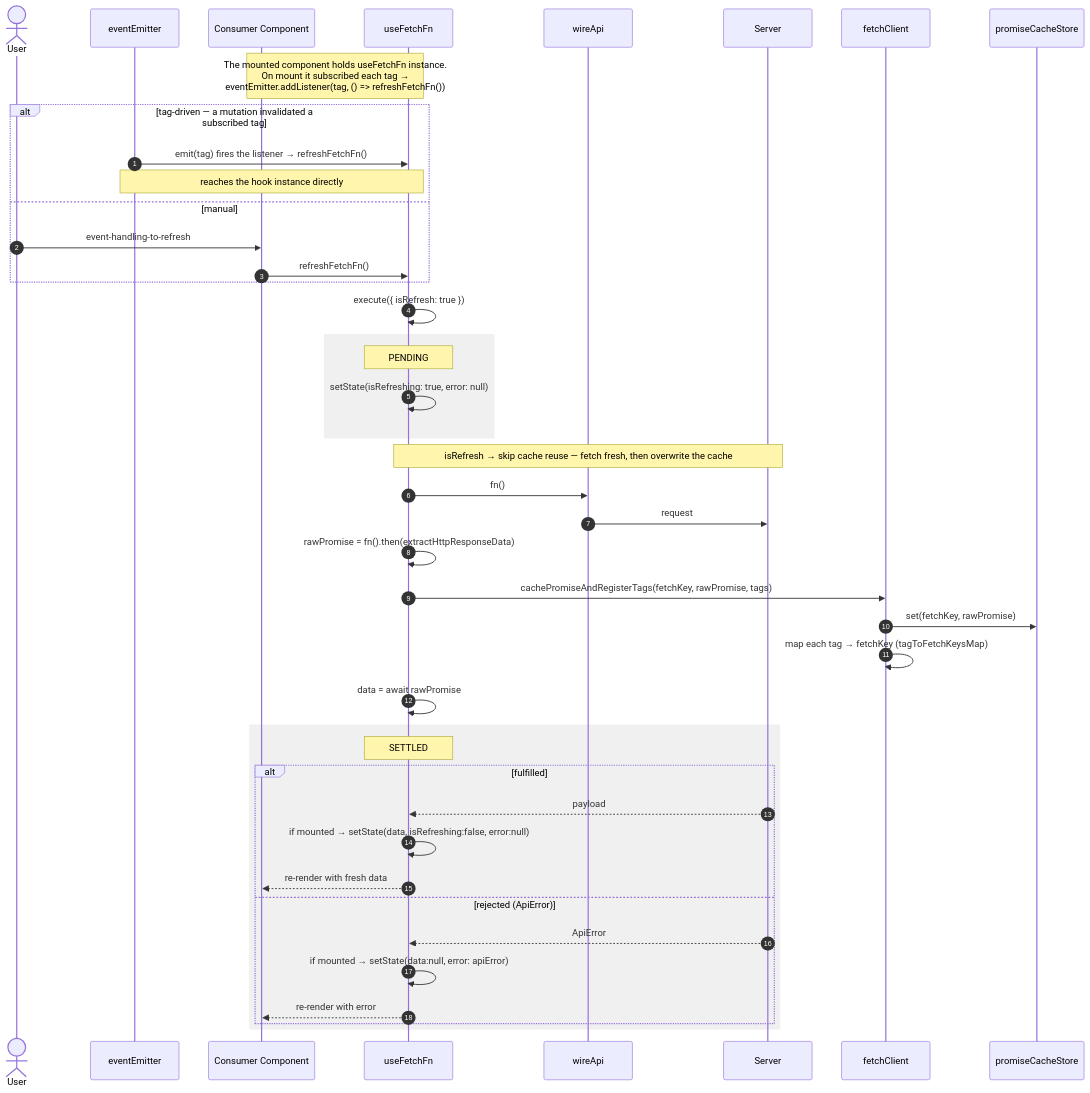
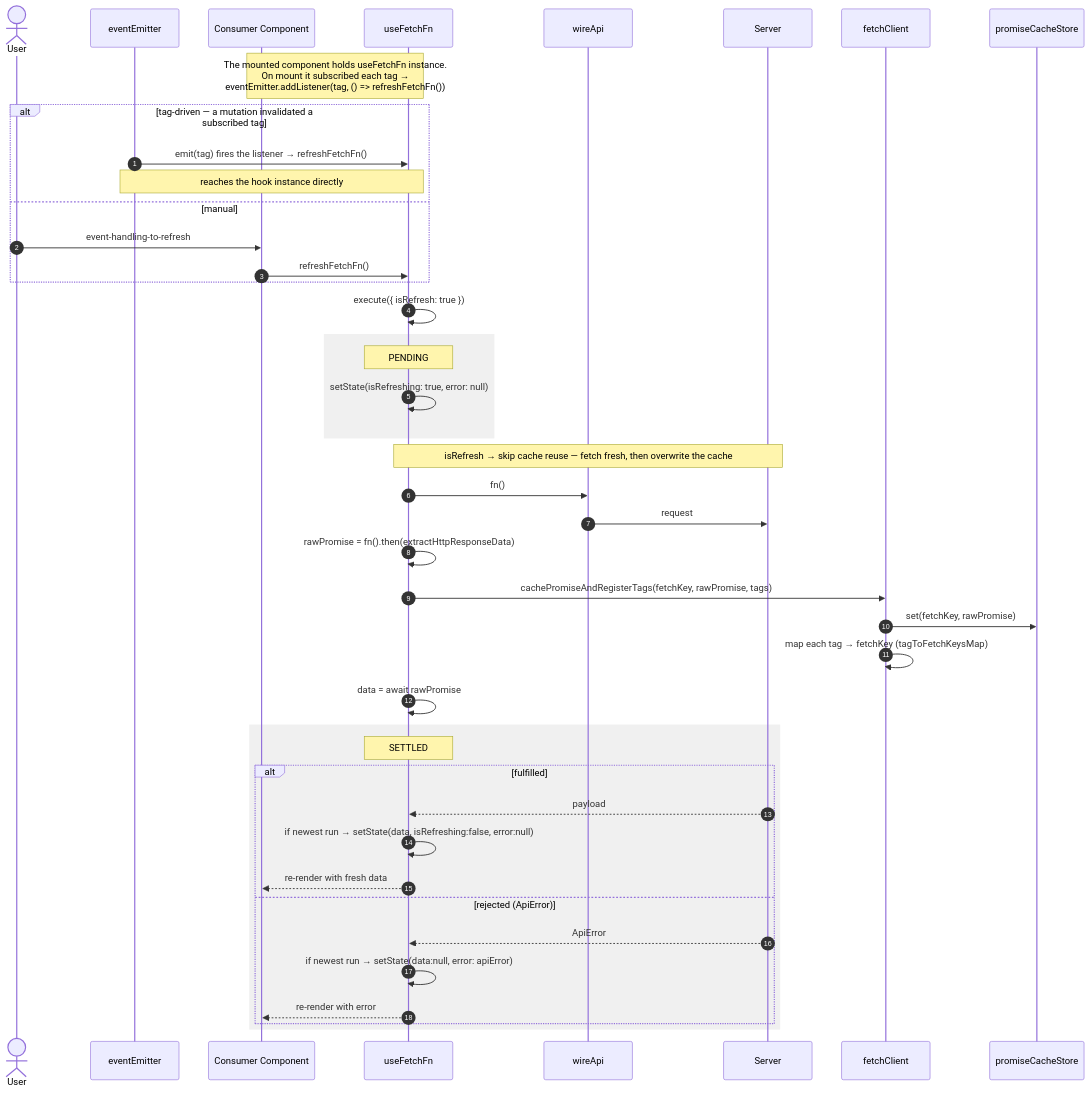
One commit to chuhaiphu/fetchwire changed the fourth of 4 diagrams in docs/architecture/USE-FETCH-FN-FLOW.md. Above: the diagram before and after it, drawn with Mermaid. The commit also changed other lines of this file and 10 other files, not shown here.

````diff
--- a/docs/architecture/USE-FETCH-FN-FLOW.md
+++ b/docs/architecture/USE-FETCH-FN-FLOW.md
@@ -153,51 +150,51 @@
 ```mermaid
 sequenceDiagram
     autonumber
     actor User
     participant EM as eventEmitter
     participant Cmp as Consumer Component
     participant H as useFetchFn
     participant Wire as wireApi
     participant API as Server
     participant FC as fetchClient
     participant Cache as promiseCacheStore
 
     Note over Cmp,H: The mounted component holds useFetchFn instance.<br/>On mount it subscribed each tag →<br/>eventEmitter.addListener(tag, () => refreshFetchFn())
 
     alt tag-driven — a mutation invalidated a subscribed tag
         EM->>H: emit(tag) fires the listener → refreshFetchFn()
         Note over EM,H: reaches the hook instance directly
     else manual
         User->>Cmp: event-handling-to-refresh
         Cmp->>H: refreshFetchFn()
     end
 
     H->>H: execute({ isRefresh: true })
 
     rect rgba(128,128,128,0.12)
         Note over H: PENDING
         H->>H: setState(isRefreshing: true, error: null)
     end
 
     Note over H,API: isRefresh → skip cache reuse — fetch fresh, then overwrite the cache
     H->>Wire: fn()
     Wire->>API: request
     H->>H: rawPromise = fn().then(extractHttpResponseData)
     H->>FC: cachePromiseAndRegisterTags(fetchKey, rawPromise, tags)
     FC->>Cache: set(fetchKey, rawPromise)
     FC->>FC: map each tag → fetchKey (tagToFetchKeysMap)
     H->>H: data = await rawPromise
 
     rect rgba(128,128,128,0.12)
         Note over H: SETTLED
         alt fulfilled
             API-->>H: payload
-            H->>H: if mounted → setState(data, isRefreshing:false, error:null)
+            H->>H: if newest run → setState(data, isRefreshing:false, error:null)
             H-->>Cmp: re-render with fresh data
         else rejected (ApiError)
             API-->>H: ApiError
-            H->>H: if mounted → setState(data:null, error: apiError)
+            H->>H: if newest run → setState(data:null, error: apiError)
             H-->>Cmp: re-render with error
         end
     end
 ```
````
